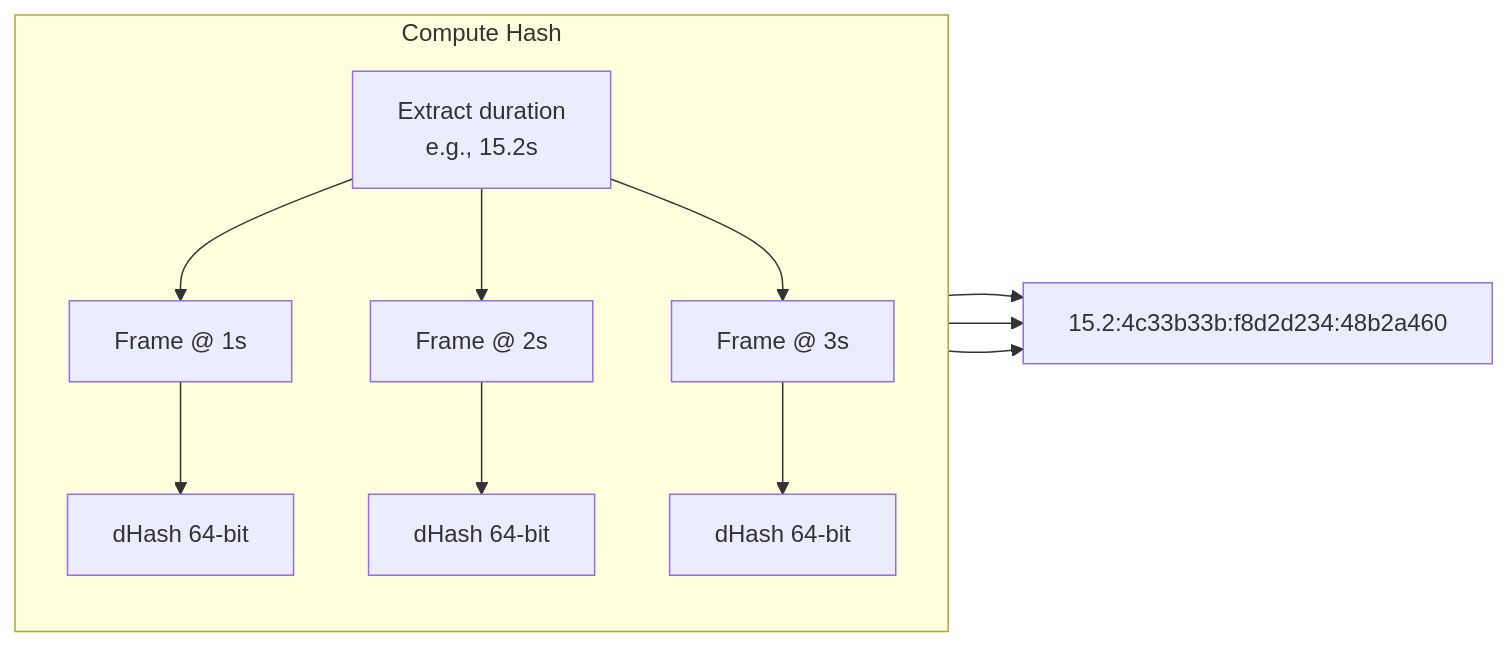
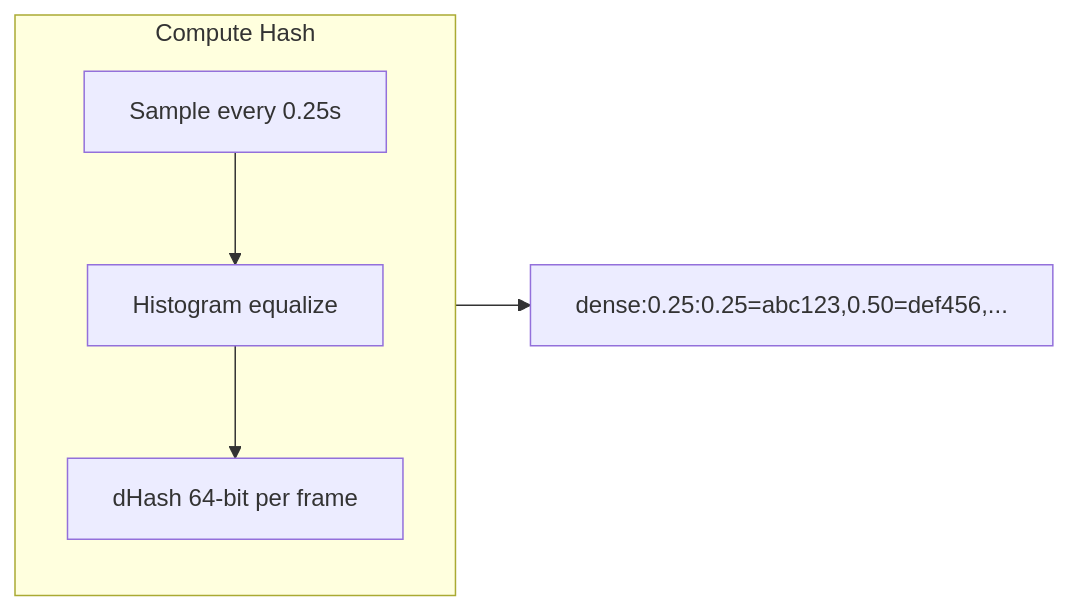
One commit to vedantadhobley/found-footy changed the sixth of 13 diagrams in README.md. Above: the diagram before and after it, drawn with Mermaid. The commit also changed other lines of this file and 20 other files, not shown here.

````diff
--- a/README.md
+++ b/README.md
@@ -227,22 +228,13 @@
 ```mermaid
 flowchart LR
     subgraph COMPUTE["Compute Hash"]
         direction TB
-        DUR[Extract duration<br/>e.g., 15.2s]
-        F1[Frame @ 1s]
-        F2[Frame @ 2s]
-        F3[Frame @ 3s]
-        H1[dHash 64-bit]
-        H2[dHash 64-bit]
-        H3[dHash 64-bit]
-        
-        DUR --> F1 & F2 & F3
-        F1 --> H1
-        F2 --> H2
-        F3 --> H3
+        SAMPLE[Sample every 0.25s]
+        EQUAL[Histogram equalize]
+        HASH[dHash 64-bit per frame]
     end
     
-    RESULT["15.2:4c33b33b:f8d2d234:48b2a460"]
+    RESULT["dense:0.25:0.25=abc123,0.50=def456,..."]
     
-    H1 & H2 & H3 --> RESULT
+    SAMPLE --> EQUAL --> HASH --> RESULT
 ```
````
